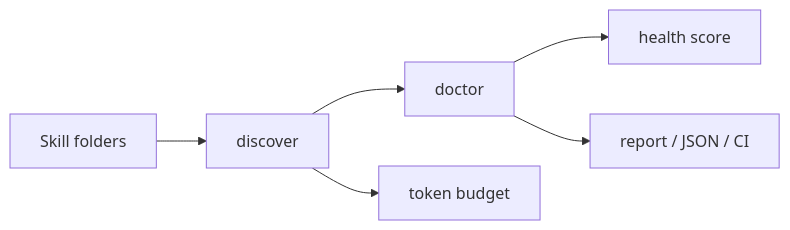
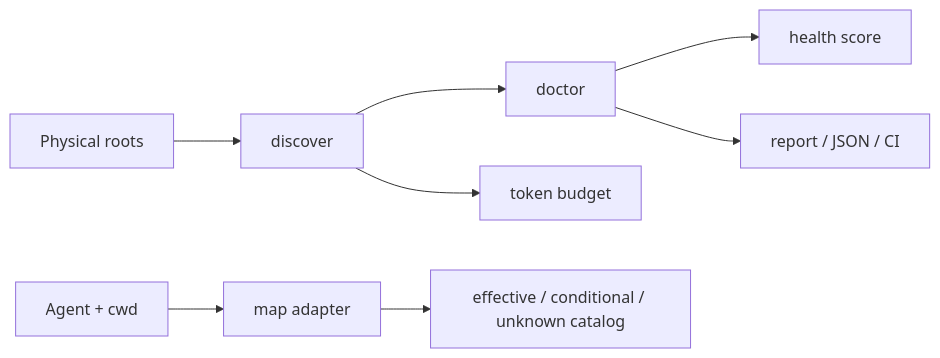
One commit to iosrxwy/skillint changed the diagram in README.md. Above: the diagram before and after it, drawn with Mermaid. The commit also changed other lines of this file and 24 other files, not shown here.

````diff
--- a/README.md
+++ b/README.md
@@ -187,8 +216,10 @@
 ```mermaid
 flowchart LR
-  A[Skill folders] --> B[discover]
+  A[Physical roots] --> B[discover]
   B --> C[doctor]
   C --> D[health score]
   C --> E[report / JSON / CI]
   B --> F[token budget]
+  G[Agent + cwd] --> H[map adapter]
+  H --> I[effective / conditional / unknown catalog]
 ```
````
